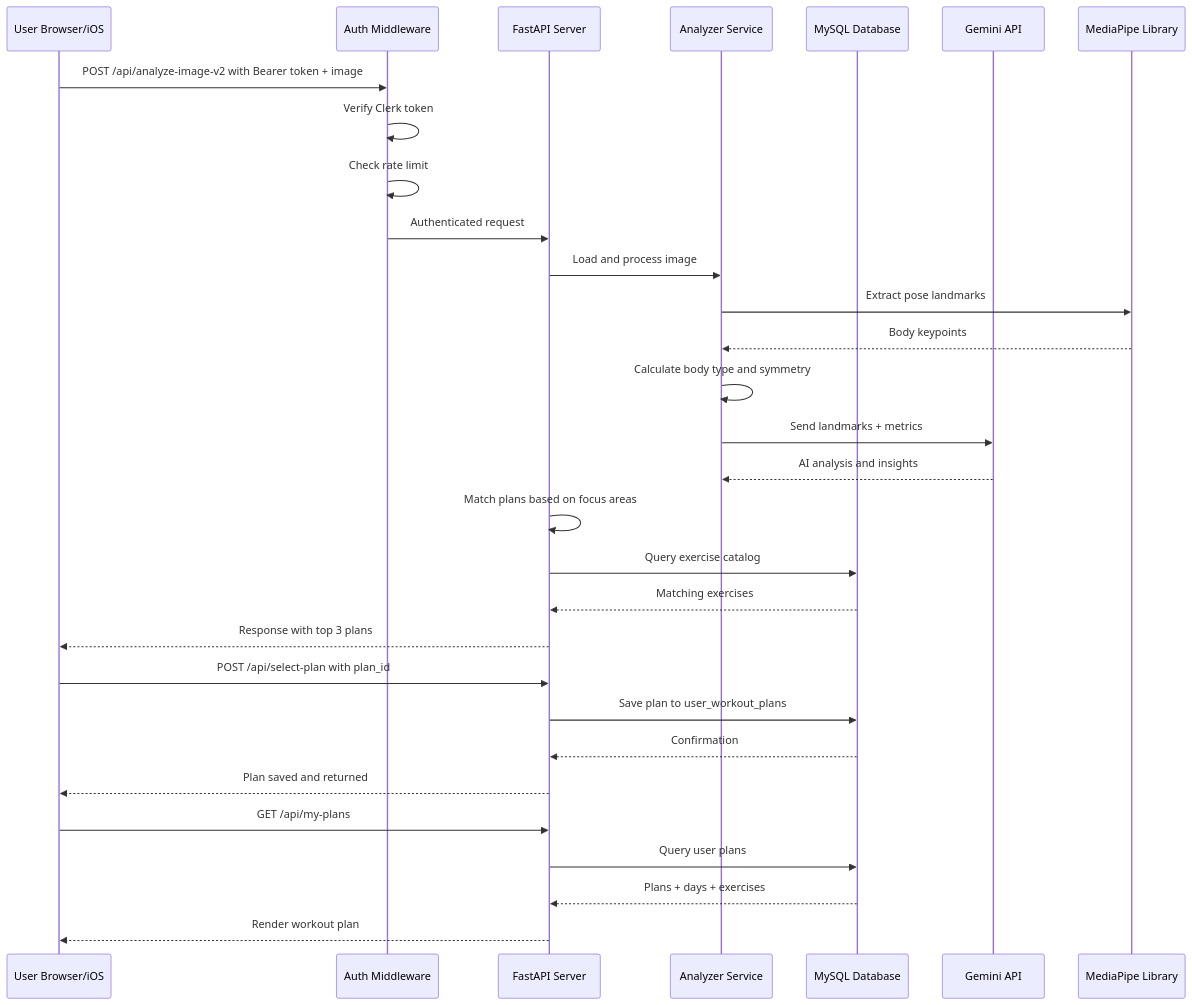
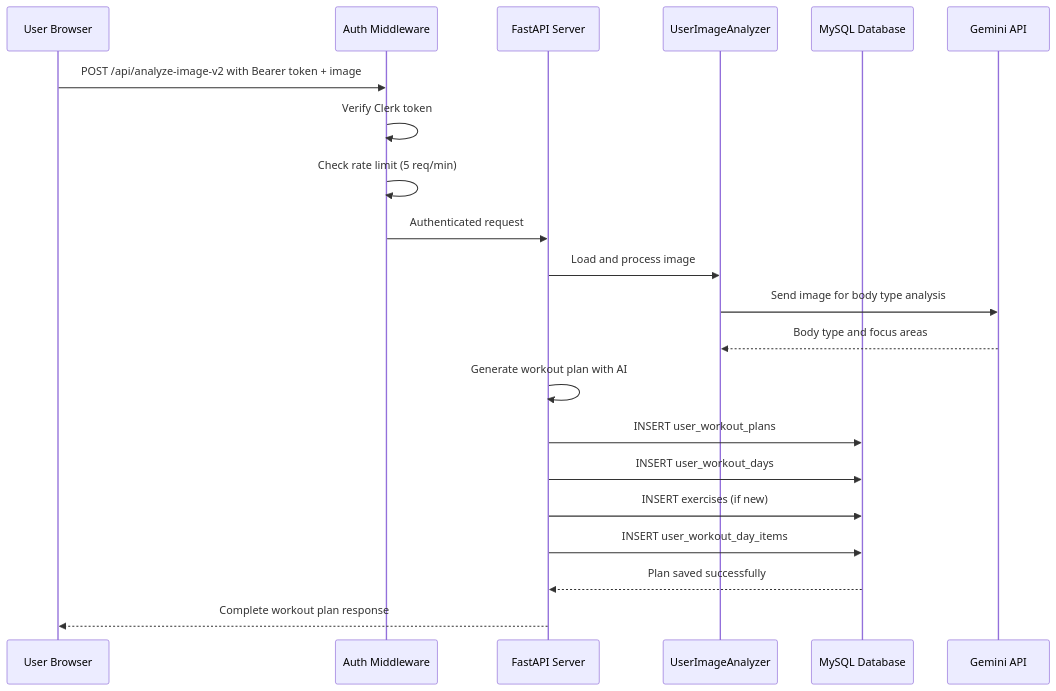
Before and after one commit to moazanTUS/sculptfitt: the third of 3 diagrams in DATABASE_ARCHITECTURE.md, drawn with Mermaid. The commit also changed other lines of this file and 3 other files, not shown here.

````diff
--- a/DATABASE_ARCHITECTURE.md
+++ b/DATABASE_ARCHITECTURE.md
@@ -115,40 +86,27 @@
 ```mermaid
 sequenceDiagram
-    participant User as User Browser/iOS
+    participant User as User Browser
     participant Auth as Auth Middleware
     participant API as FastAPI Server
-    participant Analyzer as Analyzer Service
+    participant Analyzer as UserImageAnalyzer
     participant DB as MySQL Database
     participant Gemini as Gemini API
-    participant MediaPipe as MediaPipe Library
     
     User->>Auth: POST /api/analyze-image-v2 with Bearer token + image
     Auth->>Auth: Verify Clerk token
-    Auth->>Auth: Check rate limit
+    Auth->>Auth: Check rate limit (5 req/min)
     Auth->>API: Authenticated request
     
     API->>Analyzer: Load and process image
-    Analyzer->>MediaPipe: Extract pose landmarks
-    MediaPipe-->>Analyzer: Body keypoints
-    Analyzer->>Analyzer: Calculate body type and symmetry
+    Analyzer->>Gemini: Send image for body type analysis
+    Gemini-->>Analyzer: Body type and focus areas
     
-    Analyzer->>Gemini: Send landmarks + metrics
-    Gemini-->>Analyzer: AI analysis and insights
+    API->>API: Generate workout plan with AI
+    API->>DB: INSERT user_workout_plans
+    API->>DB: INSERT user_workout_days
+    API->>DB: INSERT exercises (if new)
+    API->>DB: INSERT user_workout_day_items
     
-    API->>API: Match plans based on focus areas
-    API->>DB: Query exercise catalog
-    DB-->>API: Matching exercises
-    
-    API-->>User: Response with top 3 plans
-    
-    User->>API: POST /api/select-plan with plan_id
-    API->>DB: Save plan to user_workout_plans
-    DB-->>API: Confirmation
-    
-    API-->>User: Plan saved and returned
-    
-    User->>API: GET /api/my-plans
-    API->>DB: Query user plans
-    DB-->>API: Plans + days + exercises
-    API-->>User: Render workout plan
+    DB-->>API: Plan saved successfully
+    API-->>User: Complete workout plan response
 ```
````
